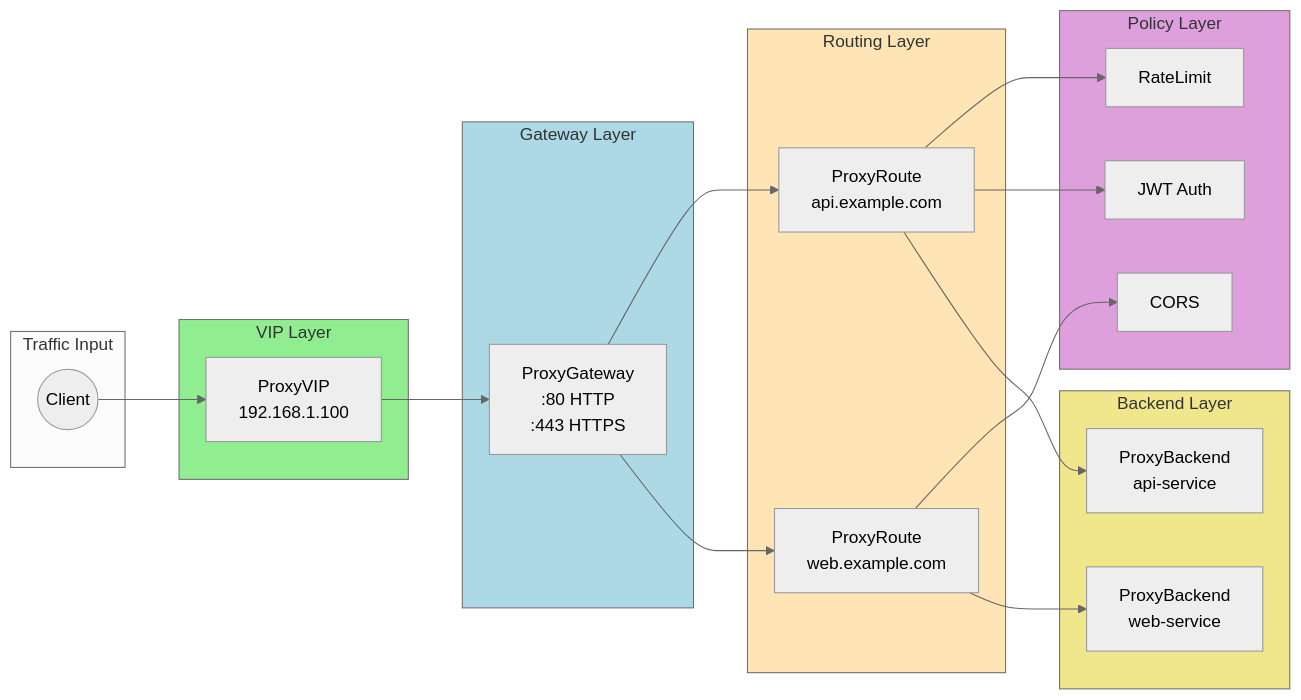
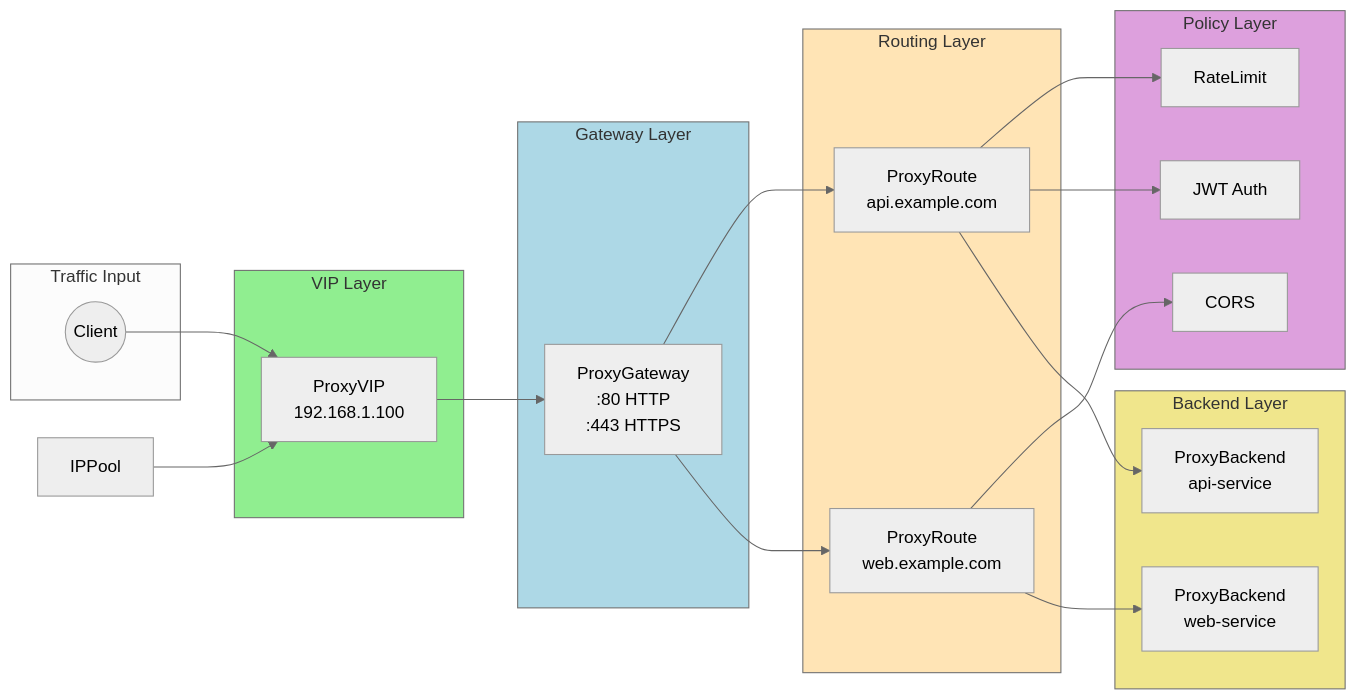
One commit to azrtydxb/novaedge changed the second of 5 diagrams in docs/reference/crd-reference.md. Above: the diagram before and after it, drawn with Mermaid (neutral theme). The commit also changed other lines of this file and 39 other files, not shown here.

````diff
--- a/docs/reference/crd-reference.md
+++ b/docs/reference/crd-reference.md
@@ -40,46 +42,47 @@
 ```mermaid
 flowchart LR
     subgraph Input["Traffic Input"]
         Client((Client))
     end
 
     subgraph VIPLayer["VIP Layer"]
         VIP["ProxyVIP<br/>192.168.1.100"]
     end
 
     subgraph GatewayLayer["Gateway Layer"]
         GW["ProxyGateway<br/>:80 HTTP<br/>:443 HTTPS"]
     end
 
     subgraph RoutingLayer["Routing Layer"]
         RT1["ProxyRoute<br/>api.example.com"]
         RT2["ProxyRoute<br/>web.example.com"]
     end
 
     subgraph PolicyLayer["Policy Layer"]
         POL1["RateLimit"]
         POL2["JWT Auth"]
         POL3["CORS"]
     end
 
     subgraph BackendLayer["Backend Layer"]
         BE1["ProxyBackend<br/>api-service"]
         BE2["ProxyBackend<br/>web-service"]
     end
 
     Client --> VIP
+    IPPool --> VIP
     VIP --> GW
     GW --> RT1
     GW --> RT2
     RT1 --> POL1
     RT1 --> POL2
     RT2 --> POL3
     RT1 --> BE1
     RT2 --> BE2
 
     style VIPLayer fill:#90EE90
     style GatewayLayer fill:#ADD8E6
     style RoutingLayer fill:#FFE4B5
     style PolicyLayer fill:#DDA0DD
     style BackendLayer fill:#F0E68C
 ```
````
